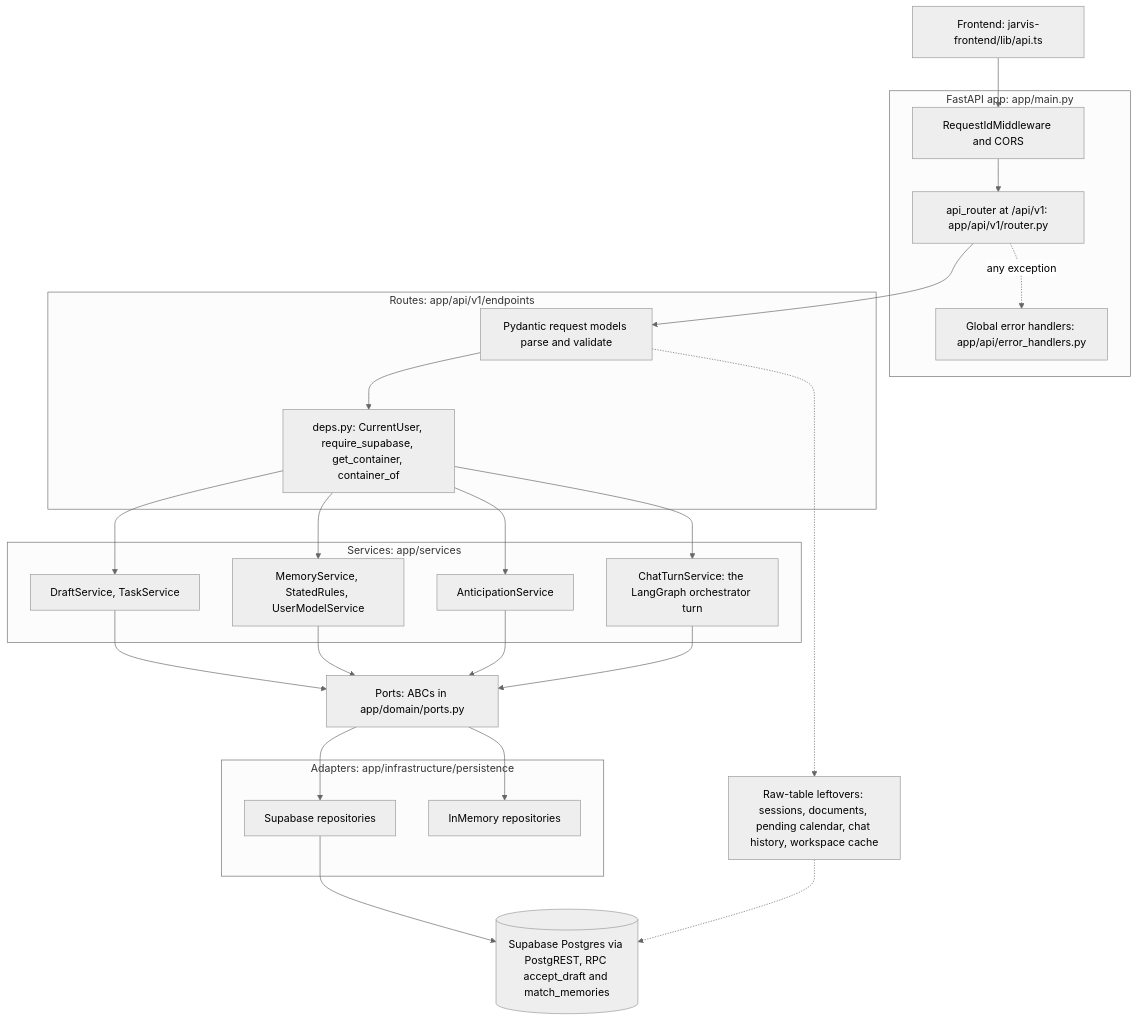
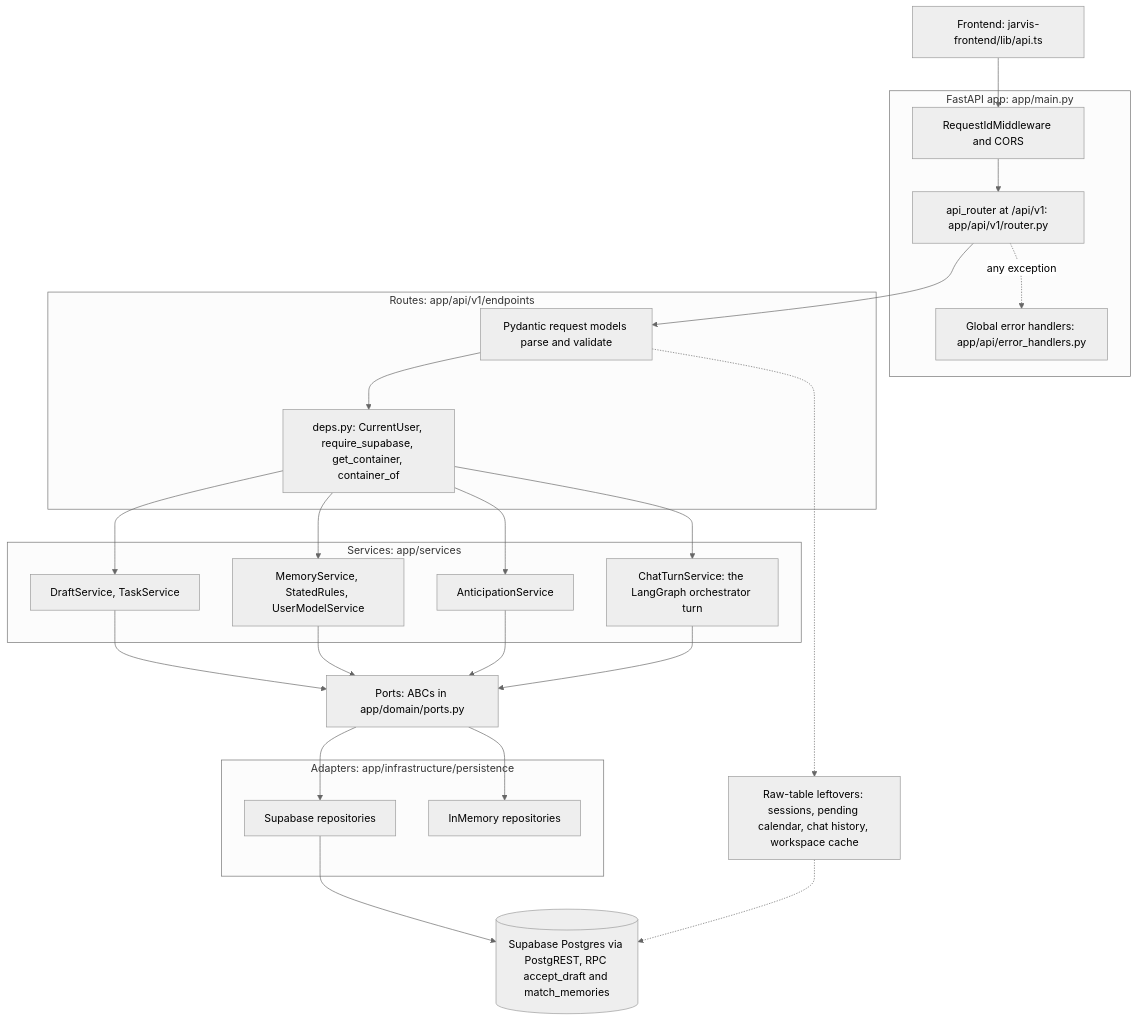
Before and after one commit to HackHeroic/Jarvis-Engine: the first of 2 diagrams in docs/capstone/07-api-design.md, drawn with Mermaid (neutral theme). The commit also changed other lines of this file and 13 other files, not shown here.

````diff
--- a/docs/capstone/07-api-design.md
+++ b/docs/capstone/07-api-design.md
@@ -30,45 +30,45 @@
 ```mermaid
 flowchart TB
     FE["Frontend: jarvis-frontend/lib/api.ts"]
     subgraph APP["FastAPI app: app/main.py"]
         MW["RequestIdMiddleware and CORS"]
         RT["api_router at /api/v1: app/api/v1/router.py"]
         EH["Global error handlers: app/api/error_handlers.py"]
     end
     subgraph EPS["Routes: app/api/v1/endpoints"]
         VAL["Pydantic request models parse and validate"]
         DEP["deps.py: CurrentUser, require_supabase, get_container, container_of"]
     end
     subgraph SVC["Services: app/services"]
         S1["DraftService, TaskService"]
         S2["MemoryService, StatedRules, UserModelService"]
         S3["AnticipationService"]
         S4["ChatTurnService: the LangGraph orchestrator turn"]
     end
     PORTS["Ports: ABCs in app/domain/ports.py"]
     subgraph ADP["Adapters: app/infrastructure/persistence"]
         SUP["Supabase repositories"]
         MEM["InMemory repositories"]
     end
     DB[("Supabase Postgres via PostgREST, RPC accept_draft and match_memories")]
-    LEG["Raw-table leftovers: sessions, documents, pending calendar, chat history, workspace cache"]
+    LEG["Raw-table leftovers: sessions, pending calendar, chat history, workspace cache"]
 
     FE --> MW
     MW --> RT
     RT --> VAL
     VAL --> DEP
     DEP --> S1
     DEP --> S2
     DEP --> S3
     DEP --> S4
     S1 --> PORTS
     S2 --> PORTS
     S3 --> PORTS
     S4 --> PORTS
     PORTS --> SUP
     PORTS --> MEM
     SUP --> DB
     VAL -.-> LEG
     LEG -.-> DB
     RT -. any exception .-> EH
 ```
````
